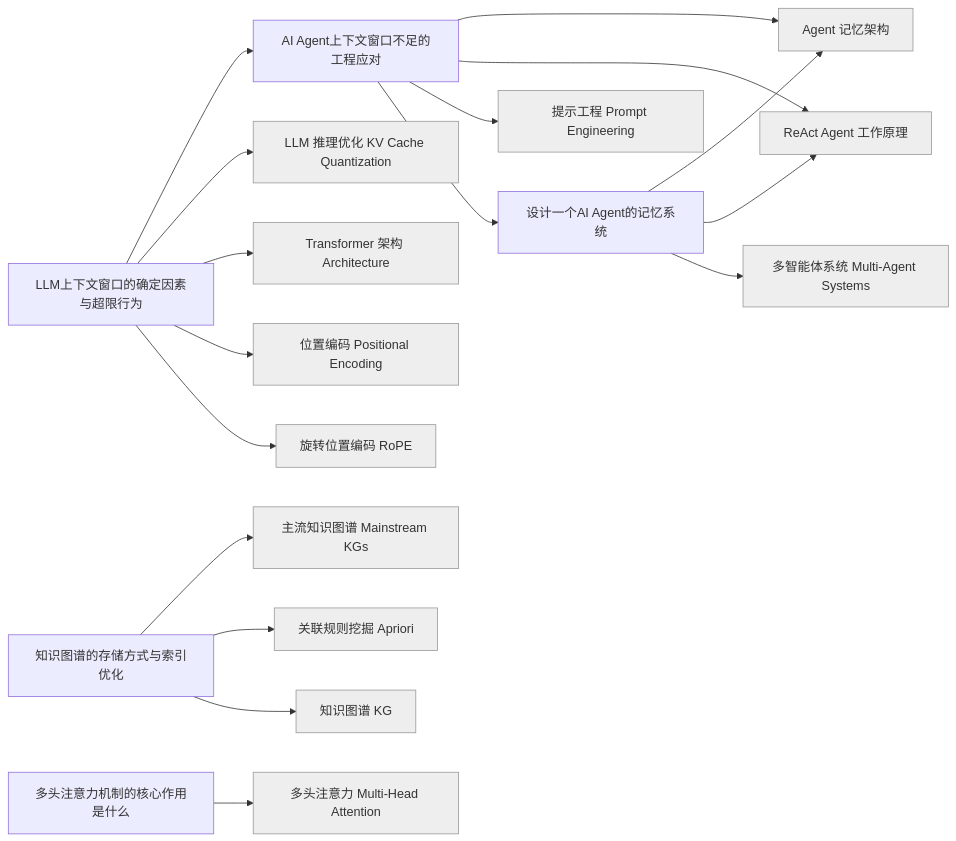
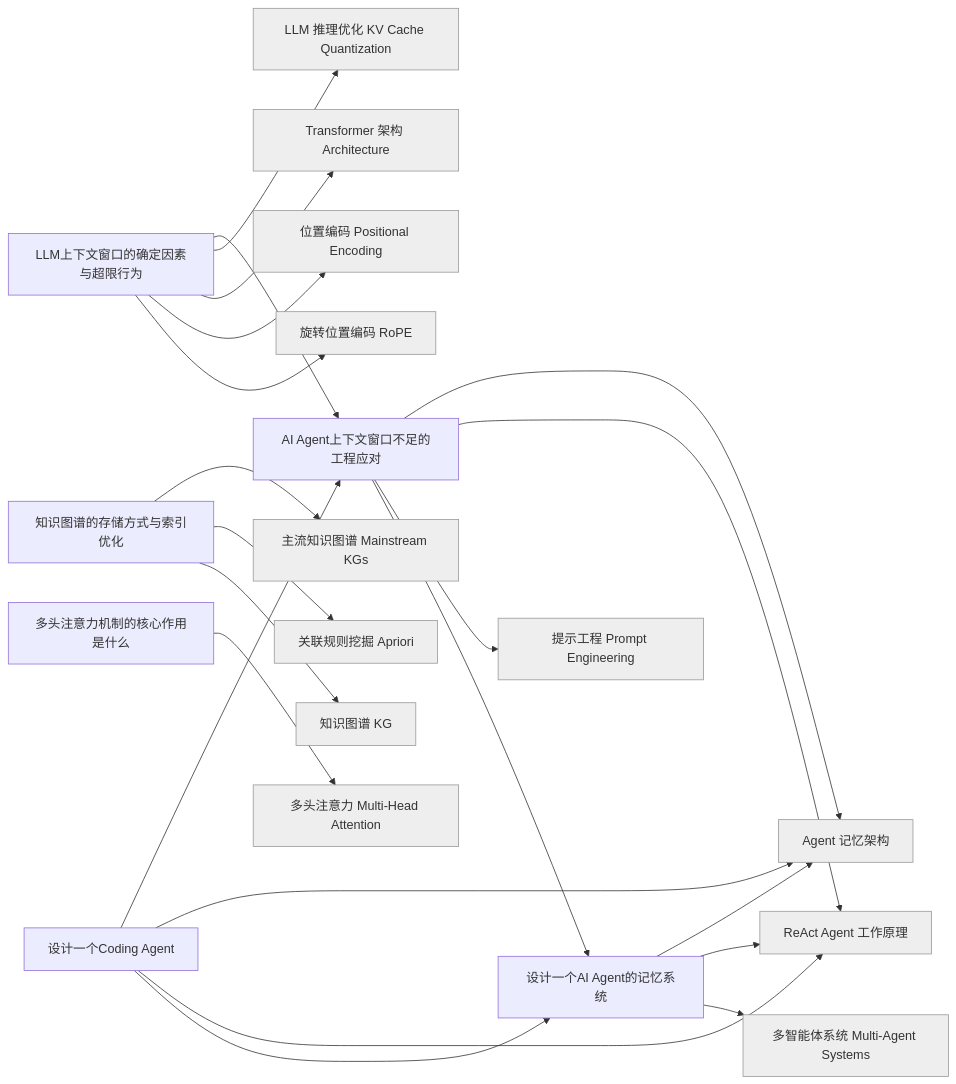
The diagram in interview-graph.md (codingfeng-fufu/radar-loom), drawn with Mermaid before and after one commit. The commit also changed other lines of this file and 4 other files, not shown here.

First line of the commit message:
radar: 新增面试页《设计一个Coding Agent》

````diff
--- a/interview-graph.md
+++ b/interview-graph.md
@@ -5,37 +5,42 @@
 ```mermaid
 graph LR
     AI_Agent上下文窗口不足的工程应对["AI Agent上下文窗口不足的工程应对"]
     Agent_记忆架构["Agent 记忆架构"]:::ext
     LLM_推理优化_KV_Cache_Quantization["LLM 推理优化 KV Cache Quantization"]:::ext
     LLM上下文窗口的确定因素与超限行为["LLM上下文窗口的确定因素与超限行为"]
     ReAct_Agent_工作原理["ReAct Agent 工作原理"]:::ext
     Transformer_架构_Architecture["Transformer 架构 Architecture"]:::ext
     主流知识图谱_Mainstream_KGs["主流知识图谱 Mainstream KGs"]:::ext
     位置编码_Positional_Encoding["位置编码 Positional Encoding"]:::ext
     关联规则挖掘_Apriori["关联规则挖掘 Apriori"]:::ext
     多头注意力_Multi_Head_Attention["多头注意力 Multi-Head Attention"]:::ext
     多头注意力机制的核心作用是什么["多头注意力机制的核心作用是什么"]
     多智能体系统_Multi_Agent_Systems["多智能体系统 Multi-Agent Systems"]:::ext
     提示工程_Prompt_Engineering["提示工程 Prompt Engineering"]:::ext
     旋转位置编码_RoPE["旋转位置编码 RoPE"]:::ext
     知识图谱_KG["知识图谱 KG"]:::ext
     知识图谱的存储方式与索引优化["知识图谱的存储方式与索引优化"]
     设计一个AI_Agent的记忆系统["设计一个AI Agent的记忆系统"]
+    设计一个Coding_Agent["设计一个Coding Agent"]
     AI_Agent上下文窗口不足的工程应对 --> Agent_记忆架构
     AI_Agent上下文窗口不足的工程应对 --> ReAct_Agent_工作原理
     AI_Agent上下文窗口不足的工程应对 --> 提示工程_Prompt_Engineering
     AI_Agent上下文窗口不足的工程应对 --> 设计一个AI_Agent的记忆系统
     LLM上下文窗口的确定因素与超限行为 --> AI_Agent上下文窗口不足的工程应对
     LLM上下文窗口的确定因素与超限行为 --> LLM_推理优化_KV_Cache_Quantization
     LLM上下文窗口的确定因素与超限行为 --> Transformer_架构_Architecture
     LLM上下文窗口的确定因素与超限行为 --> 位置编码_Positional_Encoding
     LLM上下文窗口的确定因素与超限行为 --> 旋转位置编码_RoPE
     多头注意力机制的核心作用是什么 --> 多头注意力_Multi_Head_Attention
     知识图谱的存储方式与索引优化 --> 主流知识图谱_Mainstream_KGs
     知识图谱的存储方式与索引优化 --> 关联规则挖掘_Apriori
     知识图谱的存储方式与索引优化 --> 知识图谱_KG
     设计一个AI_Agent的记忆系统 --> Agent_记忆架构
     设计一个AI_Agent的记忆系统 --> ReAct_Agent_工作原理
     设计一个AI_Agent的记忆系统 --> 多智能体系统_Multi_Agent_Systems
+    设计一个Coding_Agent --> AI_Agent上下文窗口不足的工程应对
+    设计一个Coding_Agent --> Agent_记忆架构
+    设计一个Coding_Agent --> ReAct_Agent_工作原理
+    设计一个Coding_Agent --> 设计一个AI_Agent的记忆系统
     classDef ext fill:#eee,stroke:#999;
 ```
````
